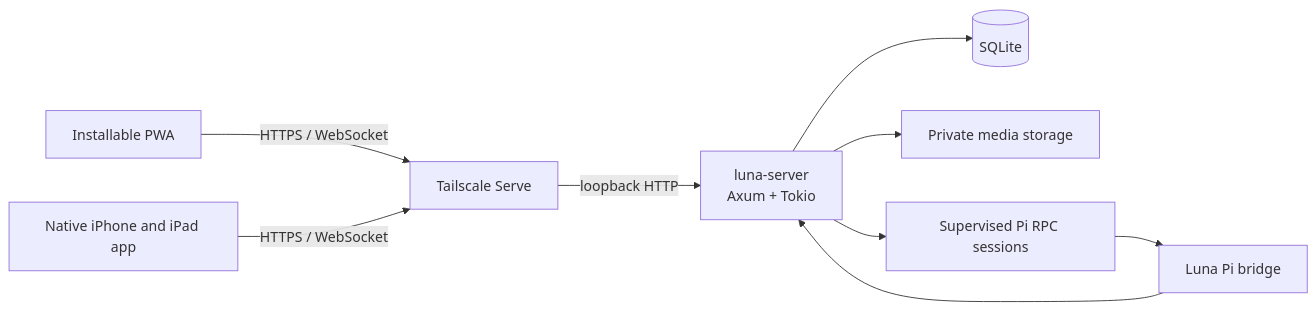
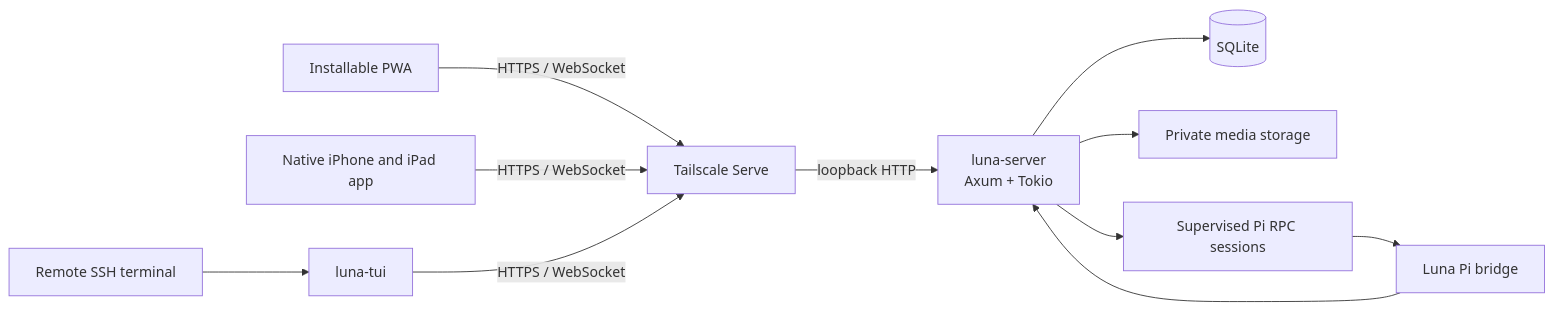
One commit to YannickHerrero/luna changed the diagram in README.md. Above: the diagram before and after it, drawn with Mermaid. The commit also changed other lines of this file and 3 other files, not shown here.

Commit message:
docs(tui): document SSH installation and usage

````diff
--- a/README.md
+++ b/README.md
@@ -40,11 +40,13 @@
 ```mermaid
 flowchart LR
     Web[Installable PWA] -->|HTTPS / WebSocket| TS[Tailscale Serve]
     Apple[Native iPhone and iPad app] -->|HTTPS / WebSocket| TS
+    SSH[Remote SSH terminal] --> TUI[luna-tui]
+    TUI -->|HTTPS / WebSocket| TS
     TS -->|loopback HTTP| Server[luna-server\nAxum + Tokio]
     Server --> DB[(SQLite)]
     Server --> Media[Private media storage]
     Server --> Pi[Supervised Pi RPC sessions]
     Pi --> Bridge[Luna Pi bridge]
     Bridge --> Server
 ```
````
